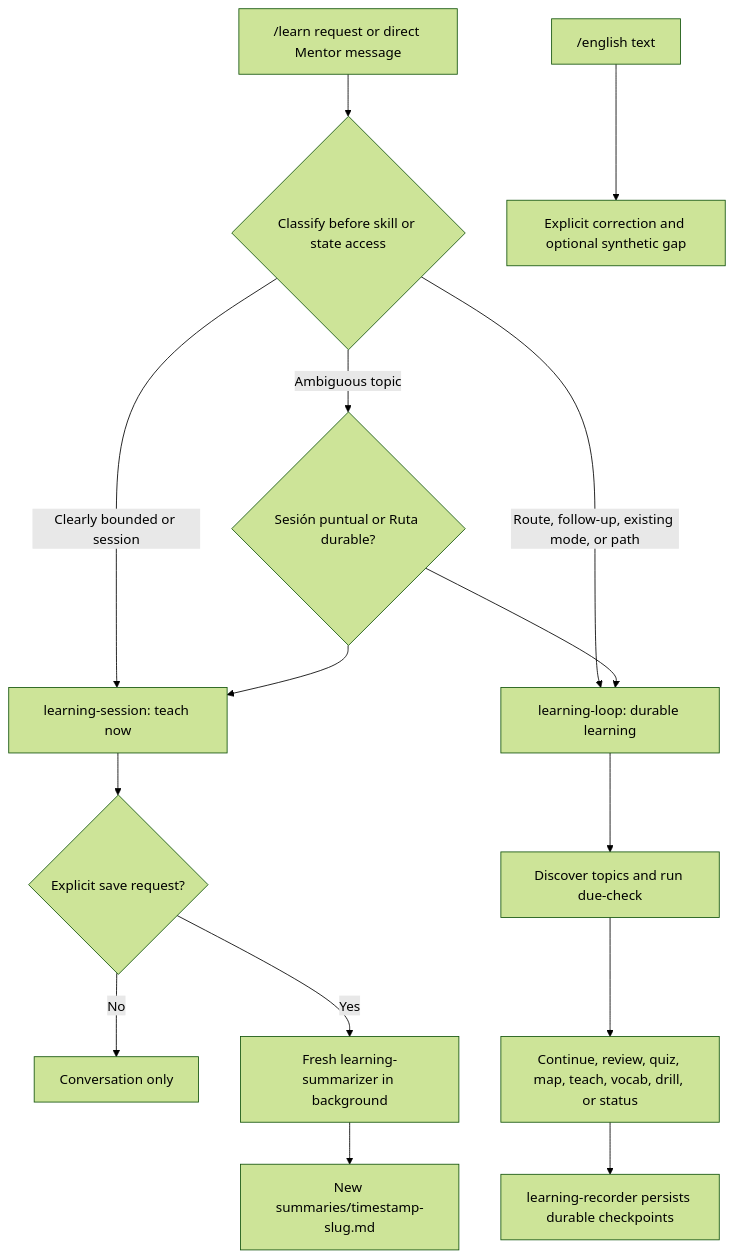
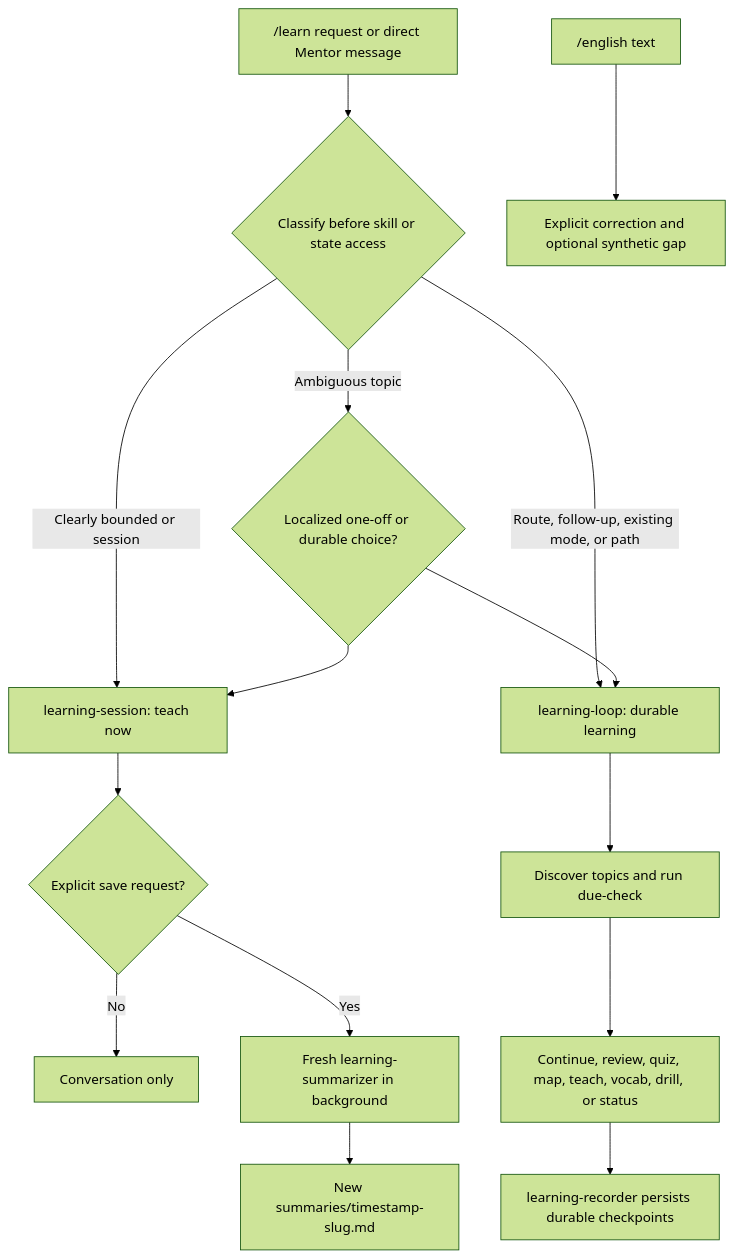
One commit to andresnator/agents-orchestrator changed the diagram in domains/learning/README.md. Above: the diagram before and after it, drawn with Mermaid (forest theme). The commit also changed other lines of this file and 8 other files, not shown here.

````diff
--- a/domains/learning/README.md
+++ b/domains/learning/README.md
@@ -26,20 +26,20 @@
 ```mermaid
 flowchart TD
     U["/learn request or direct Mentor message"] --> C{"Classify before skill or state access"}
     C -->|"Clearly bounded or session"| S["learning-session: teach now"]
     C -->|"Route, follow-up, existing mode, or path"| D["learning-loop: durable learning"]
-    C -->|"Ambiguous topic"| Q{"Sesión puntual or Ruta durable?"}
+    C -->|"Ambiguous topic"| Q{"Localized one-off or durable choice?"}
     Q --> S
     Q --> D
 
     S --> SAVE{"Explicit save request?"}
     SAVE -->|"No"| CHAT["Conversation only"]
     SAVE -->|"Yes"| SUM["Fresh learning-summarizer in background"]
     SUM --> FILE["New summaries/timestamp-slug.md"]
 
     D --> STATE["Discover topics and run due-check"]
     STATE --> MODE["Continue, review, quiz, map, teach, vocab, drill, or status"]
     MODE --> REC["learning-recorder persists durable checkpoints"]
 
     E["/english text"] --> ET["Explicit correction and optional synthetic gap"]
 ```
````
